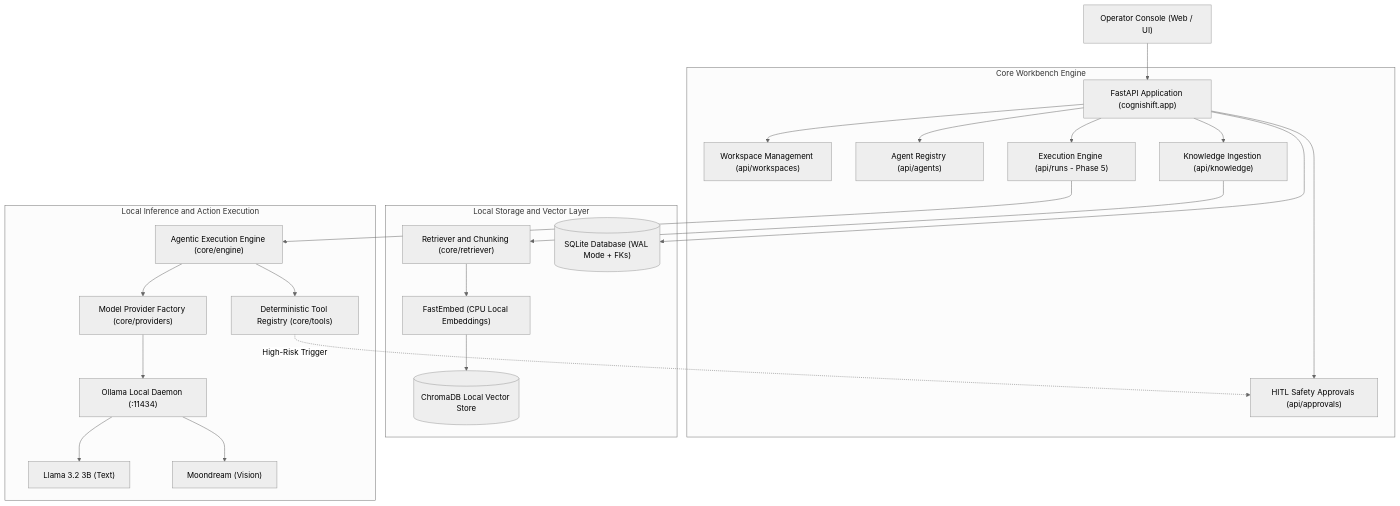
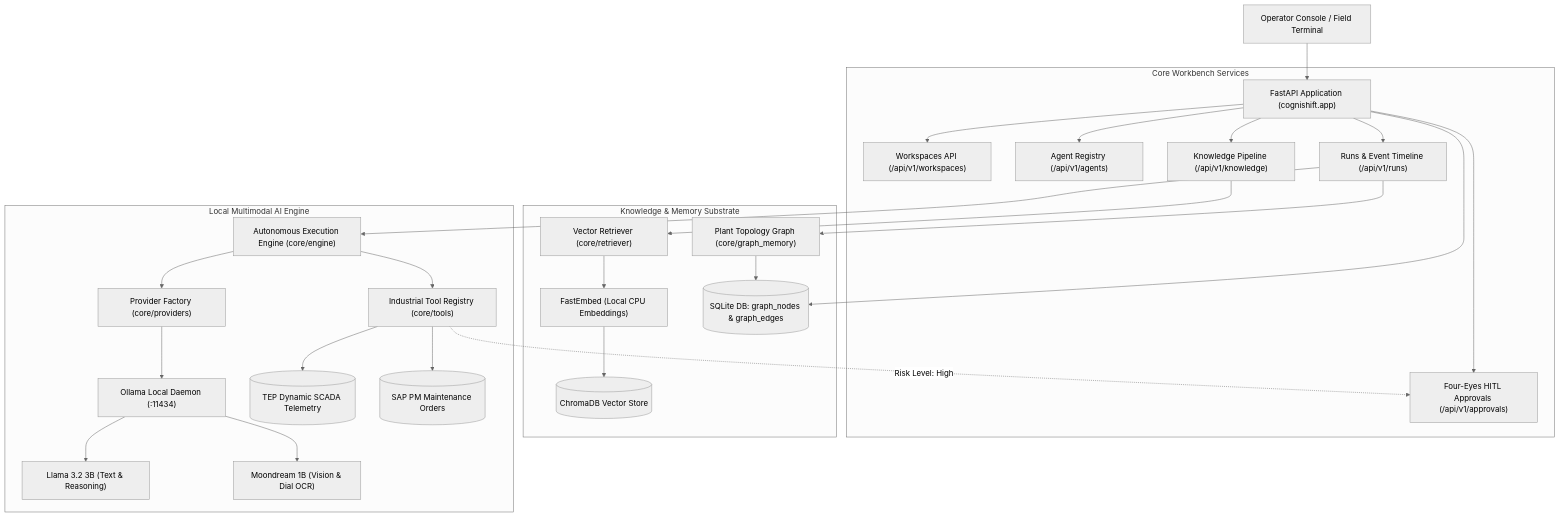
One commit to ard12/CogniShift changed the diagram in README.md. Above: the diagram before and after it, drawn with Mermaid (neutral theme). The commit also changed other lines of this file and 5 other files, not shown here.

Commit message:
docs: comprehensive update of all project documentation, benchmarks, and architecture

````diff
--- a/README.md
+++ b/README.md
@@ -32,29 +36,33 @@
 ```mermaid
 graph TD
-    UI["Operator Console (Web / UI)"] --> API["FastAPI Application (cognishift.app)"]
+    UI["Operator Console / Field Terminal"] --> API["FastAPI Application (cognishift.app)"]
 
-    subgraph "Core Workbench Engine"
-        API --> WORKSPACES["Workspace Management (api/workspaces)"]
-        API --> AGENTS["Agent Registry (api/agents)"]
-        API --> KNOWLEDGE["Knowledge Ingestion (api/knowledge)"]
-        API --> APPROVALS["HITL Safety Approvals (api/approvals)"]
-        API --> RUNS["Execution Engine (api/runs - Phase 5)"]
+    subgraph "Core Workbench Services"
+        API --> WORKSPACES["Workspaces API (/api/v1/workspaces)"]
+        API --> AGENTS["Agent Registry (/api/v1/agents)"]
+        API --> KNOWLEDGE["Knowledge Pipeline (/api/v1/knowledge)"]
+        API --> APPROVALS["Four-Eyes HITL Approvals (/api/v1/approvals)"]
+        API --> RUNS["Runs & Event Timeline (/api/v1/runs)"]
     end
 
-    subgraph "Local Storage and Vector Layer"
-        KNOWLEDGE --> RAG["Retriever and Chunking (core/retriever)"]
-        RAG --> FASTEMBED["FastEmbed (CPU Local Embeddings)"]
-        FASTEMBED --> CHROMA[("ChromaDB Local Vector Store")]
-        API --> SQLITE[("SQLite Database (WAL Mode + FKs)")]
+    subgraph "Knowledge & Memory Substrate"
+        KNOWLEDGE --> RAG["Vector Retriever (core/retriever)"]
+        RAG --> FASTEMBED["FastEmbed (Local CPU Embeddings)"]
+        FASTEMBED --> CHROMA[("ChromaDB Vector Store")]
+        RUNS --> GRAPH["Plant Topology Graph (core/graph_memory)"]
+        GRAPH --> SQLITE[("SQLite DB: graph_nodes & graph_edges")]
+        API --> SQLITE
     end
 
-    subgraph "Local Inference and Action Execution"
-        RUNS --> ENGINE["Agentic Execution Engine (core/engine)"]
-        ENGINE --> PROVIDERS["Model Provider Factory (core/providers)"]
+    subgraph "Local Multimodal AI Engine"
+        RUNS --> ENGINE["Autonomous Execution Engine (core/engine)"]
+        ENGINE --> PROVIDERS["Provider Factory (core/providers)"]
         PROVIDERS --> OLLAMA["Ollama Local Daemon (:11434)"]
-        OLLAMA --> LLAMA["Llama 3.2 3B (Text)"]
-        OLLAMA --> MOONDREAM["Moondream (Vision)"]
-        ENGINE --> TOOLS["Deterministic Tool Registry (core/tools)"]
-        TOOLS -.->|"High-Risk Trigger"| APPROVALS
+        OLLAMA --> LLAMA["Llama 3.2 3B (Text & Reasoning)"]
+        OLLAMA --> MOONDREAM["Moondream 1B (Vision & Dial OCR)"]
+        ENGINE --> TOOLS["Industrial Tool Registry (core/tools)"]
+        TOOLS --> TEP[("TEP Dynamic SCADA Telemetry")]
+        TOOLS --> SAP[("SAP PM Maintenance Orders")]
+        TOOLS -.->|"Risk Level: High"| APPROVALS
     end
 ```
````
